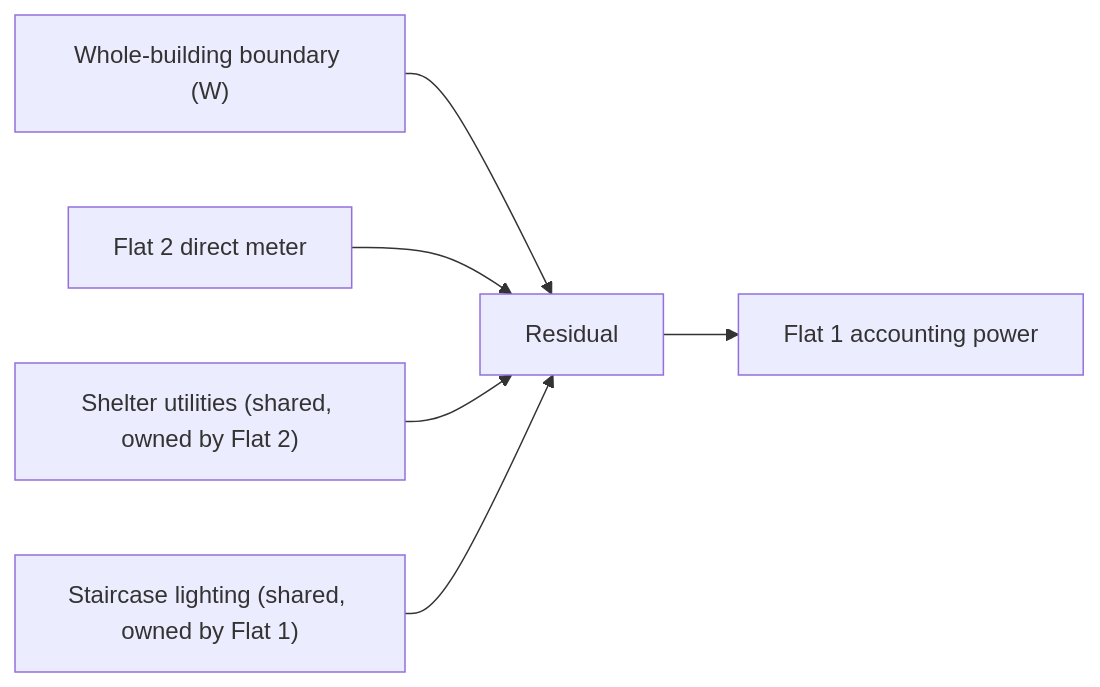
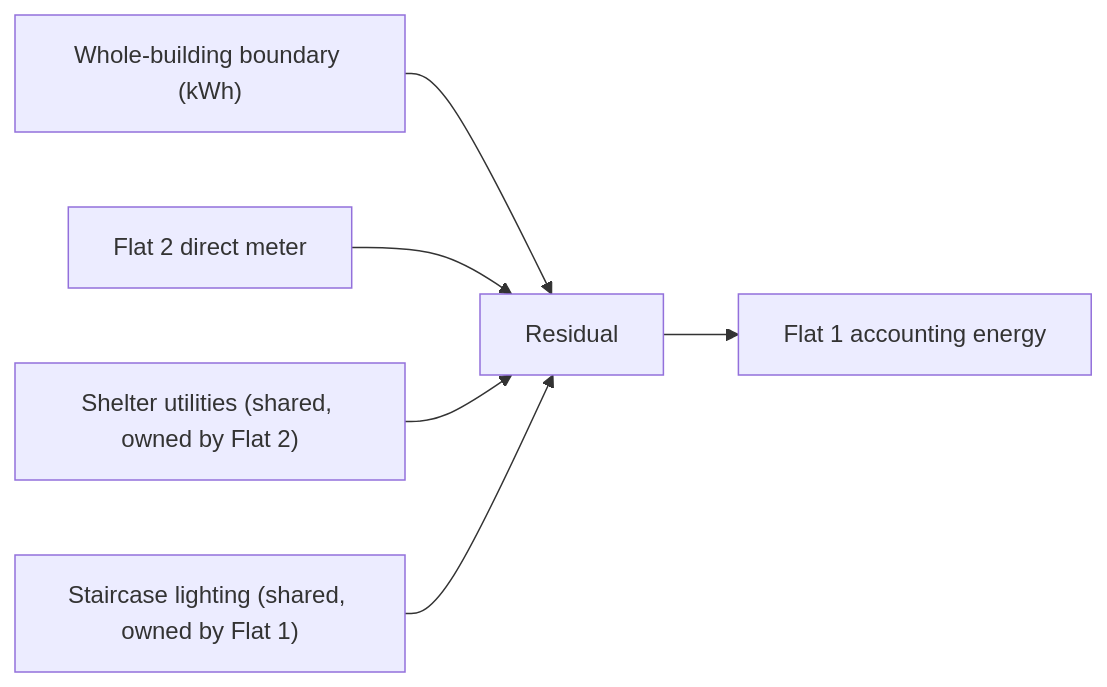
Before and after one commit to yeaxi/shared-energy-ledger: the second of 3 diagrams in docs/allocation-policies.md, drawn with Mermaid. The commit also changed other lines of this file and 60 other files, not shown here.

````diff
--- a/docs/allocation-policies.md
+++ b/docs/allocation-policies.md
@@ -52,8 +52,8 @@
 ```mermaid
 flowchart LR
-    T["Whole-building boundary (W)"] --> R["Residual"]
+    T["Whole-building boundary (kWh)"] --> R["Residual"]
     S1["Flat 2 direct meter"] --> R
     S2["Shelter utilities (shared, owned by Flat 2)"] --> R
     S3["Staircase lighting (shared, owned by Flat 1)"] --> R
-    R --> F1["Flat 1 accounting power"]
+    R --> F1["Flat 1 accounting energy"]
 ```
````
